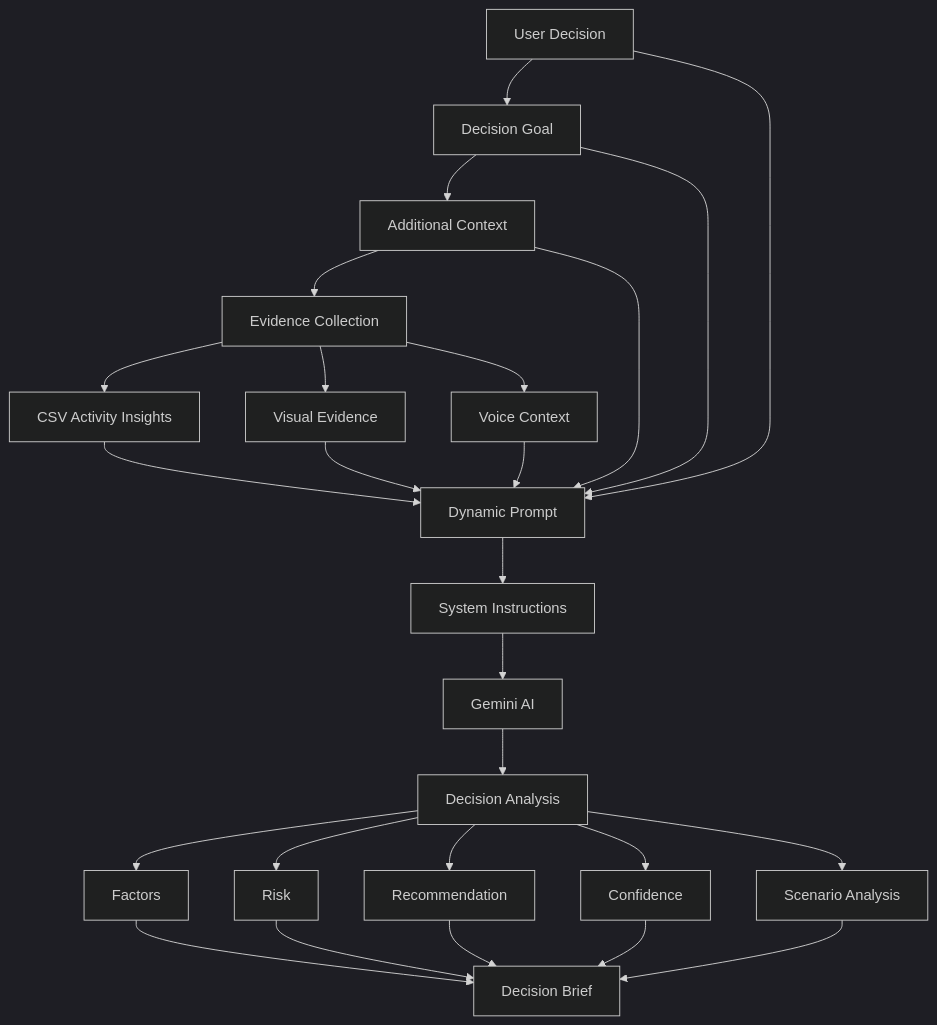
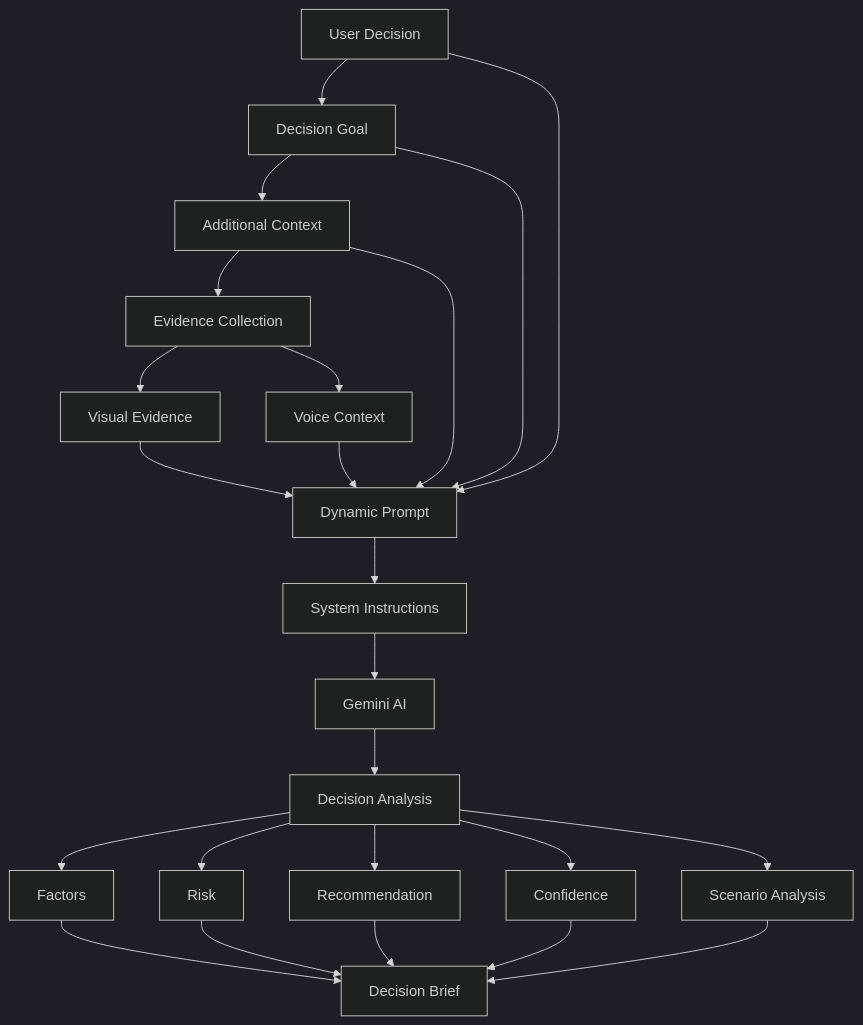
The diagram in docs/prompt_strategy.md (Gawandeepkaur20/DECISCOPE), drawn with Mermaid (dark theme) before and after one commit. The commit also changed other lines of this file and 7 other files, not shown here.

````diff
--- a/docs/prompt_strategy.md
+++ b/docs/prompt_strategy.md
@@ -636,40 +591,38 @@
 ```mermaid
 flowchart TD
 
     A[User Decision] --> B[Decision Goal]
 
     B --> C[Additional Context]
 
     C --> D[Evidence Collection]
 
-    D --> E[CSV Activity Insights]
-    D --> F[Visual Evidence]
-    D --> G[Voice Context]
+        D --> E[Visual Evidence]
+        D --> F[Voice Context]
 
     E --> H[Dynamic Prompt]
     F --> H
-    G --> H
     C --> H
     B --> H
     A --> H
 
     H --> I[System Instructions]
 
     I --> J[Gemini AI]
 
     J --> K[Decision Analysis]
 
     K --> L[Factors]
     K --> M[Risk]
     K --> N[Recommendation]
     K --> O[Confidence]
 
     L --> P[Decision Brief]
     M --> P
     N --> P
     O --> P
 
     K --> Q[Scenario Analysis]
 
     Q --> P
 ```
````
